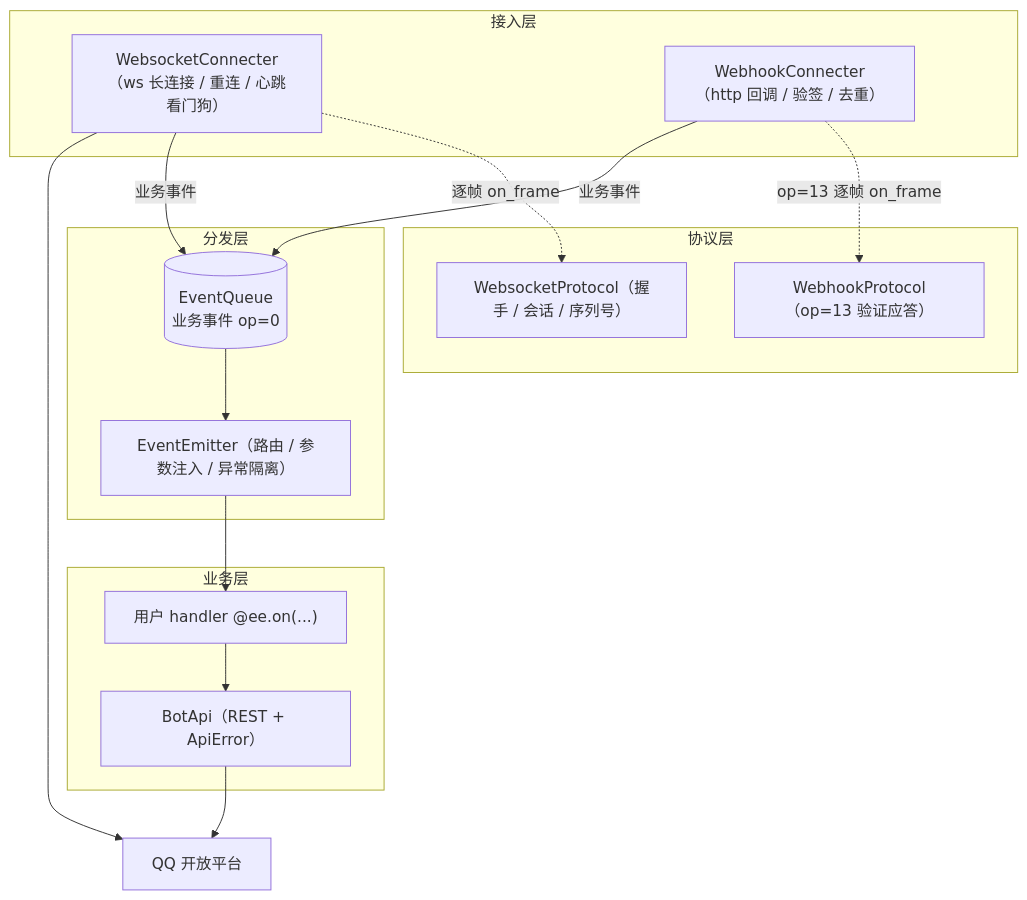
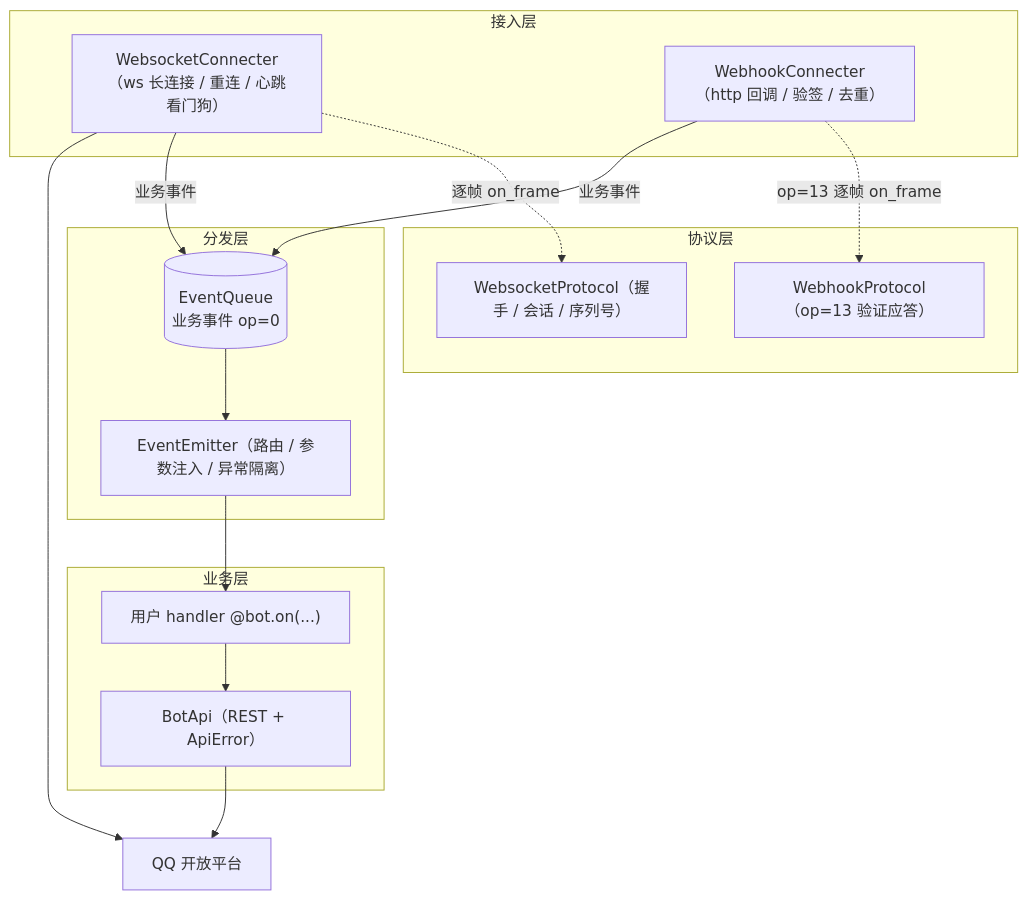
The diagram in README.md (snowy-yang/qqbotsdk), drawn with Mermaid before and after one commit. The commit also changed other lines of this file and 17 other files, not shown here.

````diff
--- a/README.md
+++ b/README.md
@@ -11,30 +61,30 @@
 ```mermaid
 flowchart TB
     subgraph 接入层
         WS["WebsocketConnecter（ws 长连接 / 重连 / 心跳看门狗）"]
         WH["WebhookConnecter（http 回调 / 验签 / 去重）"]
     end
     subgraph 协议层
         WSP["WebsocketProtocol（握手 / 会话 / 序列号）"]
         WHP["WebhookProtocol（op=13 验证应答）"]
     end
     subgraph 分发层
         Q[("EventQueue<br/>业务事件 op=0")]
         EE["EventEmitter（路由 / 参数注入 / 异常隔离）"]
     end
     subgraph 业务层
         API["BotApi（REST + ApiError）"]
-        USER["用户 handler @ee.on(...)"]
+        USER["用户 handler @bot.on(...)"]
     end
     QQ["QQ 开放平台"]
 
     WS -. "逐帧 on_frame" .-> WSP
     WH -. "op=13 逐帧 on_frame" .-> WHP
     WS -->|"业务事件"| Q
     WH -->|"业务事件"| Q
     Q --> EE
     EE --> USER
     USER --> API
     API --> QQ
     WS --> QQ
 ```
````
